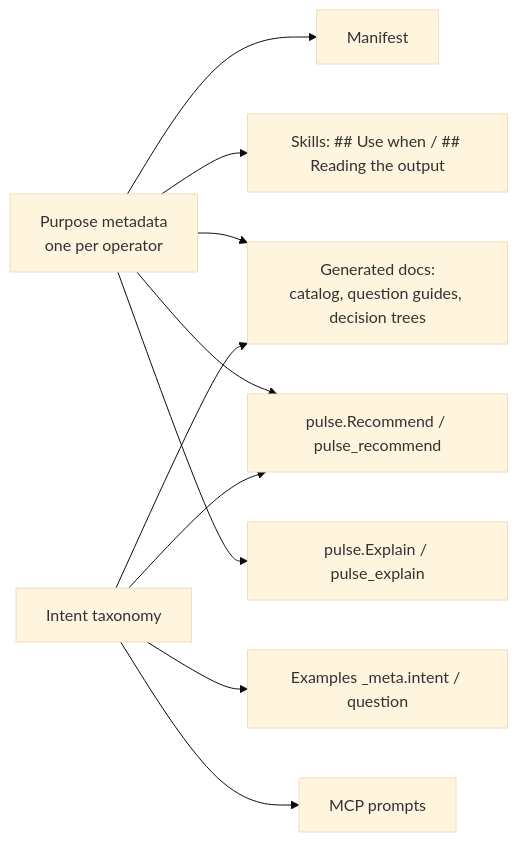
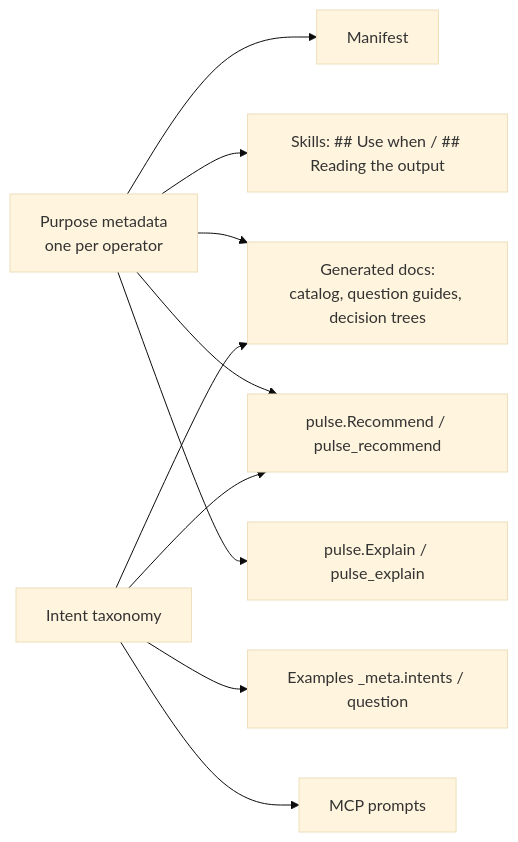
Before and after one commit to frankbardon/pulse: the diagram in docs/roadmap/v1.0.0-guided-analysis/00-overview.md, drawn with Mermaid (base theme). The commit also changed 19 other files, not shown here.

````diff
--- a/docs/roadmap/v1.0.0-guided-analysis/00-overview.md
+++ b/docs/roadmap/v1.0.0-guided-analysis/00-overview.md
@@ -39,12 +39,12 @@
 ```mermaid
 graph LR
   P[Purpose metadata<br/>one per operator] --> M[Manifest]
   P --> S[Skills: ## Use when / ## Reading the output]
   P --> D[Generated docs:<br/>catalog, question guides, decision trees]
   P --> R[pulse.Recommend / pulse_recommend]
   P --> E[pulse.Explain / pulse_explain]
   I[Intent taxonomy] --> R
   I --> D
-  I --> X[Examples _meta.intent / question]
+  I --> X[Examples _meta.intents / question]
   I --> MP[MCP prompts]
 ```
````
